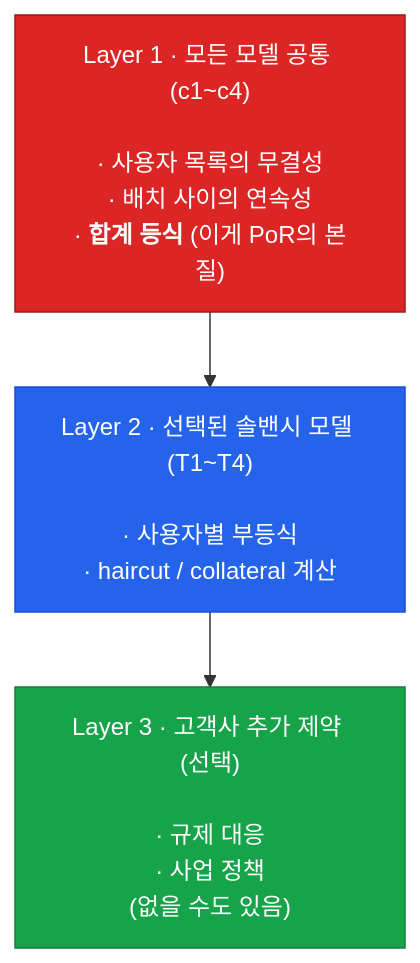
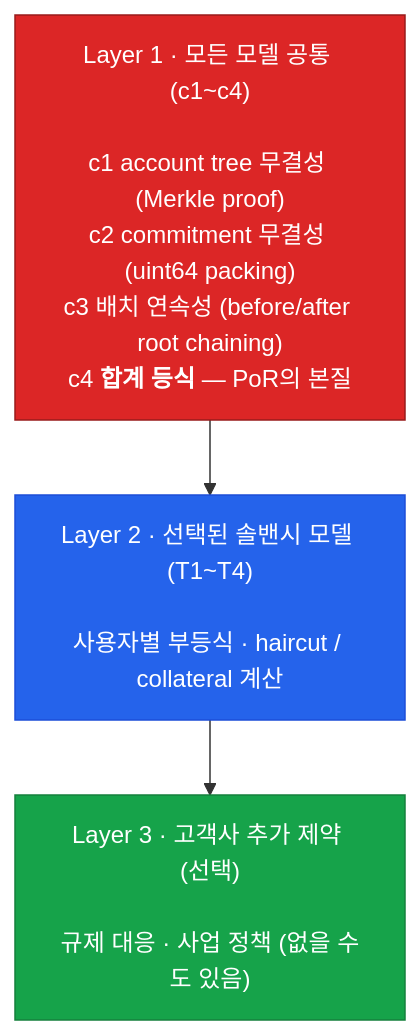
One commit to BetweenBits-org/zk-pos-ext changed the third of 7 diagrams in README.md. Above: the diagram before and after it, drawn with Mermaid. The commit also changed other lines of this file and 5 other files, not shown here.

````diff
--- a/README.md
+++ b/README.md
@@ -96,12 +122,12 @@
 ```mermaid
 flowchart TB
-  L1["Layer 1 · 모든 모델 공통 (c1~c4)<br/><br/>· 사용자 목록의 무결성<br/>· 배치 사이의 연속성<br/>· <b>합계 등식</b> (이게 PoR의 본질)"]
-  L2["Layer 2 · 선택된 솔밴시 모델 (T1~T4)<br/><br/>· 사용자별 부등식<br/>· haircut / collateral 계산"]
-  L3["Layer 3 · 고객사 추가 제약 (선택)<br/><br/>· 규제 대응<br/>· 사업 정책<br/>(없을 수도 있음)"]
+  L1["Layer 1 · 모든 모델 공통 (c1~c4)<br/><br/>c1 account tree 무결성 (Merkle proof)<br/>c2 commitment 무결성 (uint64 packing)<br/>c3 배치 연속성 (before/after root chaining)<br/>c4 <b>합계 등식</b> — PoR의 본질"]
+  L2["Layer 2 · 선택된 솔밴시 모델 (T1~T4)<br/><br/>사용자별 부등식 · haircut / collateral 계산"]
+  L3["Layer 3 · 고객사 추가 제약 (선택)<br/><br/>규제 대응 · 사업 정책 (없을 수도 있음)"]
 
   L1 --> L2 --> L3
 
   style L1 fill:#dc2626,stroke:#991b1b,color:#fff
   style L2 fill:#2563eb,stroke:#1d4ed8,color:#fff
   style L3 fill:#16a34a,stroke:#15803d,color:#fff
 ```
````
